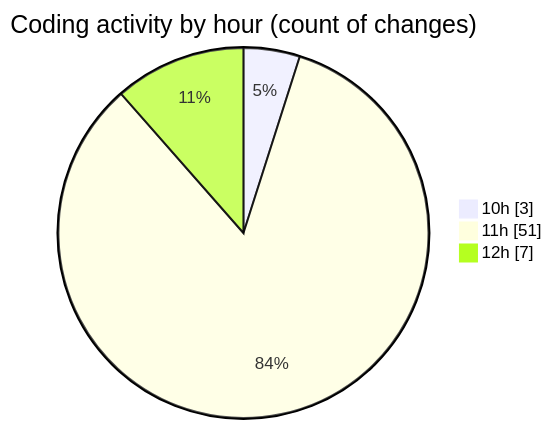
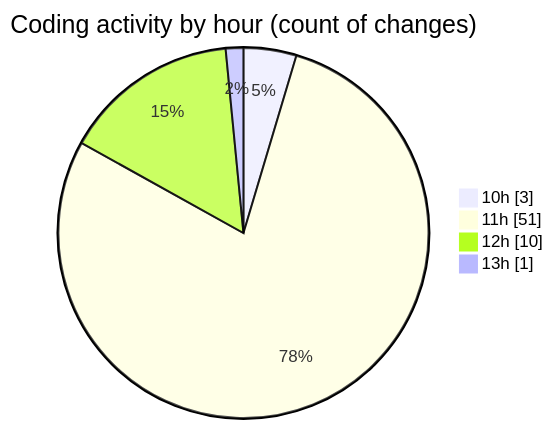
One commit to nxtqubesakshisongat/code-tracking changed the second of 2 diagrams in 2025-07-11/argos/README.md. Above: the diagram before and after it, drawn with Mermaid. The commit also changed other lines of this file and 1 other file, not shown here.

````diff
--- a/2025-07-11/argos/README.md
+++ b/2025-07-11/argos/README.md
@@ -33,7 +33,8 @@
 ```mermaid
 pie showData
 title Coding activity by hour (count of changes)
 "10h" : 3
 "11h" : 51
-"12h" : 7
+"12h" : 10
+"13h" : 1
 ```
````
